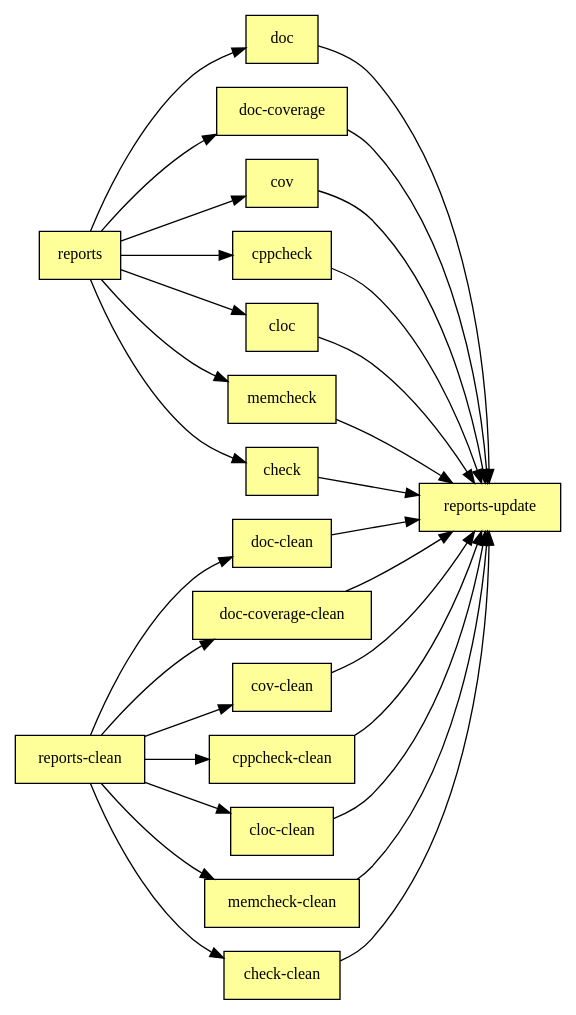
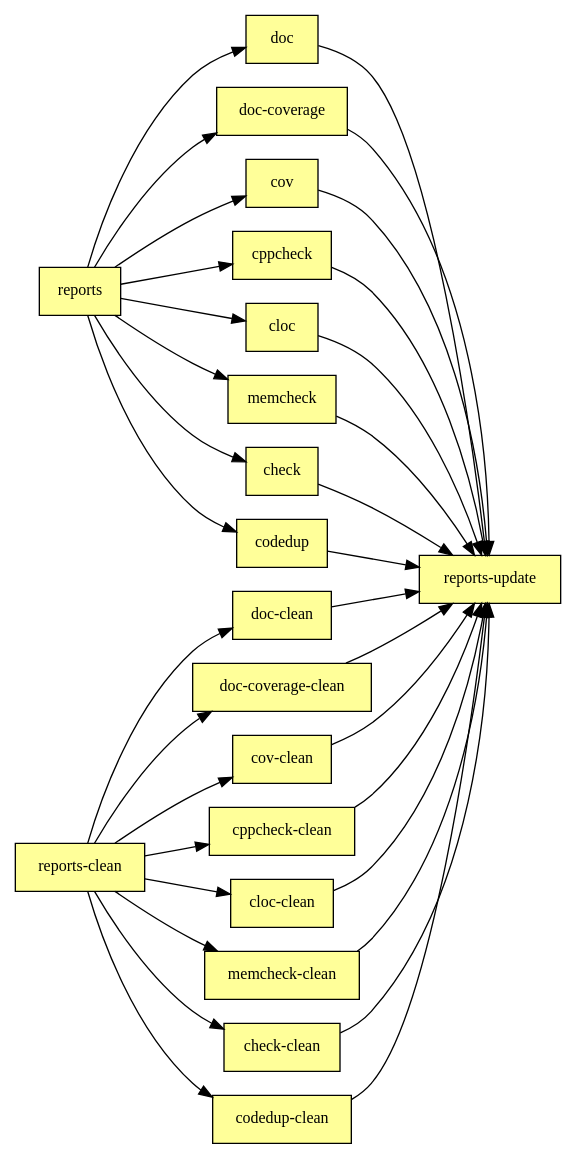
One commit to psycofdj/xtdmake changed the diagram in docs/quality.reports.rst. Above: the diagram before and after it, drawn with Graphviz. The commit also changed other lines of this file and 13 other files, not shown here.

```diff
--- a/docs/quality.reports.rst
+++ b/docs/quality.reports.rst
@@ -46,34 +46,39 @@
 .. graphviz::
 
    digraph G {
      rankdir="LR";
      node [shape=box, style=filled, fillcolor="#ffff99", fontsize=12];
      "reports"            -> "doc"
      "reports"            -> "doc-coverage"
      "reports"            -> "cov"
      "reports"            -> "cppcheck"
      "reports"            -> "cloc"
      "reports"            -> "memcheck"
      "reports"            -> "check"
+     "reports"            -> "codedup"
      "reports-clean"      -> "doc-clean"
      "reports-clean"      -> "doc-coverage-clean"
      "reports-clean"      -> "cov-clean"
      "reports-clean"      -> "cppcheck-clean"
      "reports-clean"      -> "cloc-clean"
      "reports-clean"      -> "memcheck-clean"
      "reports-clean"      -> "check-clean"
+     "reports-clean"      -> "codedup-clean"
      "doc"                -> "reports-update"
      "doc-coverage"       -> "reports-update"
      "cov"                -> "reports-update"
      "cppcheck"           -> "reports-update"
      "cloc"               -> "reports-update"
      "memcheck"           -> "reports-update"
+     "codedup"            -> "reports-update"
      "check"              -> "reports-update"
      "doc-clean"          -> "reports-update"
      "doc-coverage-clean" -> "reports-update"
      "cov-clean"          -> "reports-update"
      "cppcheck-clean"     -> "reports-update"
      "cloc-clean"         -> "reports-update"
      "memcheck-clean"     -> "reports-update"
      "check-clean"        -> "reports-update"
+     "codedup-clean"      -> "reports-update"
+
    }
```
